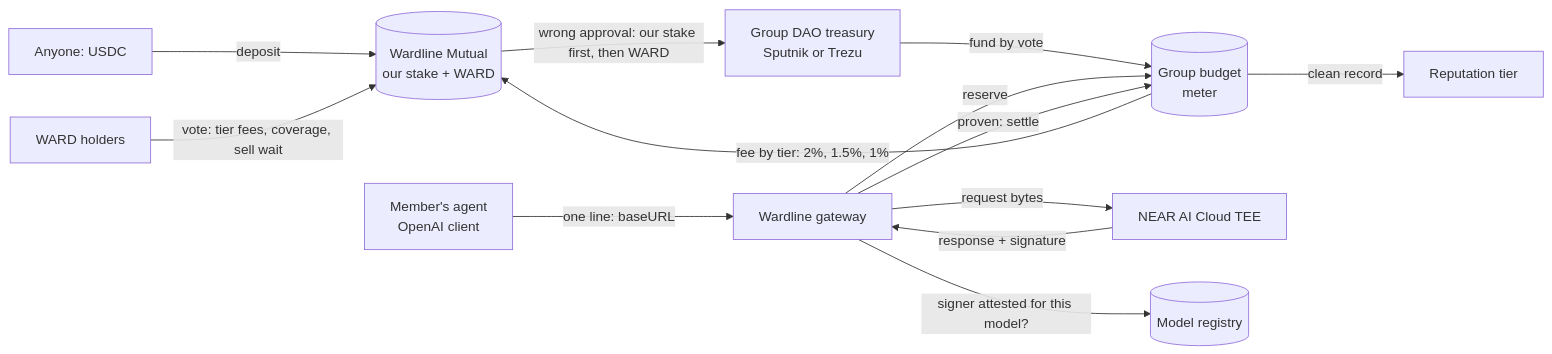
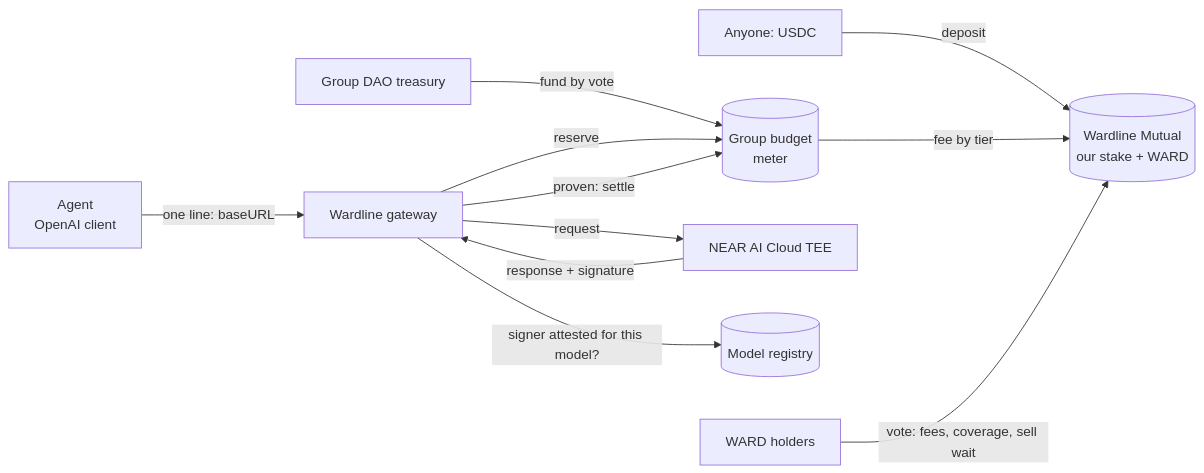
Before and after one commit to alphabyalex/Near-Hackathon_2026: the diagram in README.md, drawn with Mermaid. The commit also changed other lines of this file and 1 other file, not shown here.

````diff
--- a/README.md
+++ b/README.md
@@ -342,15 +21,13 @@
 ```mermaid
 flowchart LR
     LP[Anyone: USDC] -->|deposit| M[(Wardline Mutual<br/>our stake + WARD)]
-    DAO[Group DAO treasury<br/>Sputnik or Trezu] -->|fund by vote| B[(Group budget<br/>meter)]
-    A[Member's agent<br/>OpenAI client] -->|one line: baseURL| G[Wardline gateway]
+    DAO[Group DAO treasury] -->|fund by vote| B[(Group budget<br/>meter)]
+    A[Agent<br/>OpenAI client] -->|one line: baseURL| G[Wardline gateway]
     G -->|reserve| B
-    G -->|request bytes| N[NEAR AI Cloud TEE]
+    G -->|request| N[NEAR AI Cloud TEE]
     N -->|response + signature| G
     G -->|signer attested for this model?| R[(Model registry)]
     G -->|proven: settle| B
-    B -->|fee by tier: 2%, 1.5%, 1%| M
-    B -->|clean record| T[Reputation tier]
-    W[WARD holders] -->|vote: tier fees, coverage, sell wait| M
-    M -->|wrong approval: our stake first, then WARD| DAO
+    B -->|fee by tier| M
+    W[WARD holders] -->|vote: fees, coverage, sell wait| M
 ```
````
